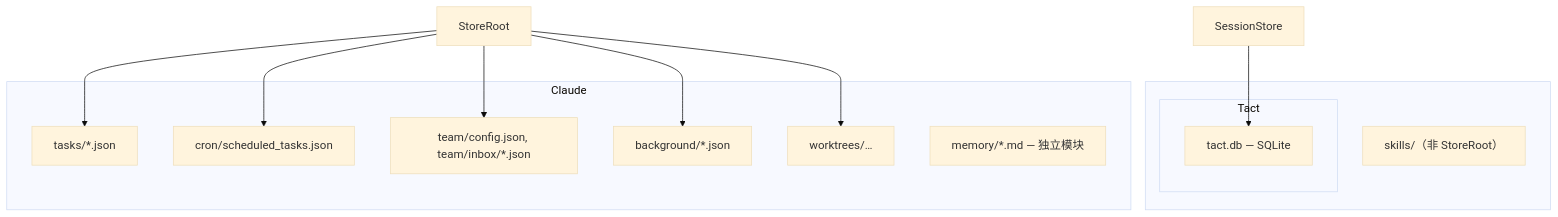
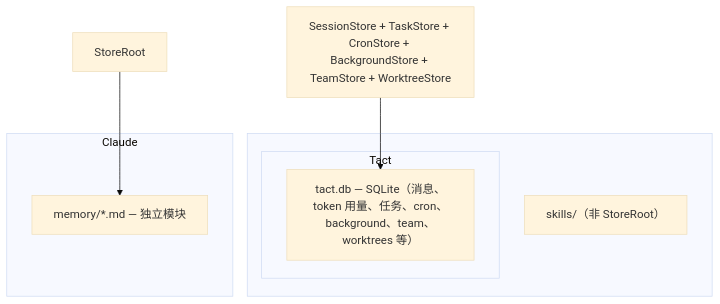
One commit to rust-infra/tact changed the first of 2 diagrams in book/01_chapter_store_zh.md. Above: the diagram before and after it, drawn with Mermaid (base theme). The commit also changed other lines of this file and 344 other files, not shown here.

First line of the commit message:
feat(responses): hosted web search + SQLite domain-store migration + shared connection pool (#62)

````diff
--- a/book/01_chapter_store_zh.md
+++ b/book/01_chapter_store_zh.md
@@ -20,29 +20,20 @@
 ```mermaid
 graph TB
     subgraph Workdir["<workdir>"]
         Tact[".tact/"]
         Tact[".tact/"]
         Skills["skills/（非 StoreRoot）"]
     end
 
     subgraph Tact
-        DB["tact.db — SQLite"]
+        DB["tact.db — SQLite（消息、token 用量、任务、cron、background、team、worktrees 等）"]
     end
 
     subgraph Claude
-        Tasks["tasks/*.json"]
-        Cron["cron/scheduled_tasks.json"]
-        Team["team/config.json, team/inbox/*.json"]
-        BG["background/*.json"]
-        WT["worktrees/…"]
         Mem["memory/*.md — 独立模块"]
     end
 
-    SR[StoreRoot] --> Tasks
-    SR --> Cron
-    SR --> Team
-    SR --> BG
-    SR --> WT
+    SR[StoreRoot] --> Mem
 
-    SS[SessionStore] --> DB
+    SS[SessionStore + TaskStore + CronStore + BackgroundStore + TeamStore + WorktreeStore] --> DB
 ```
````
